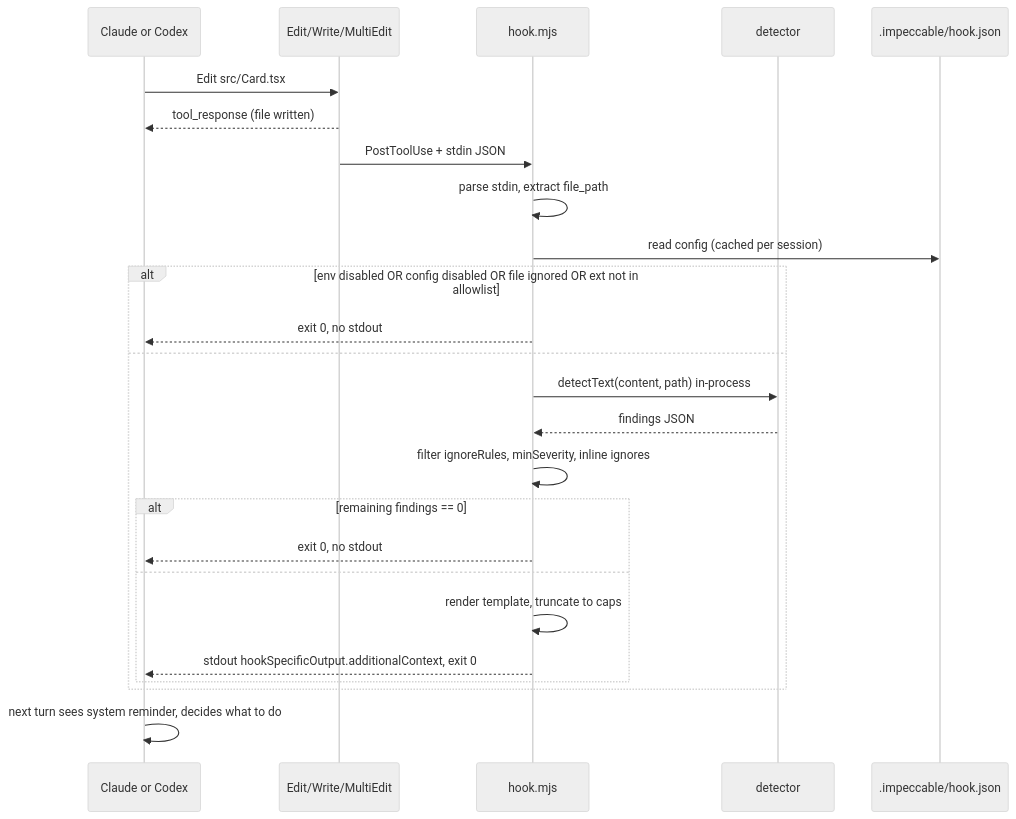
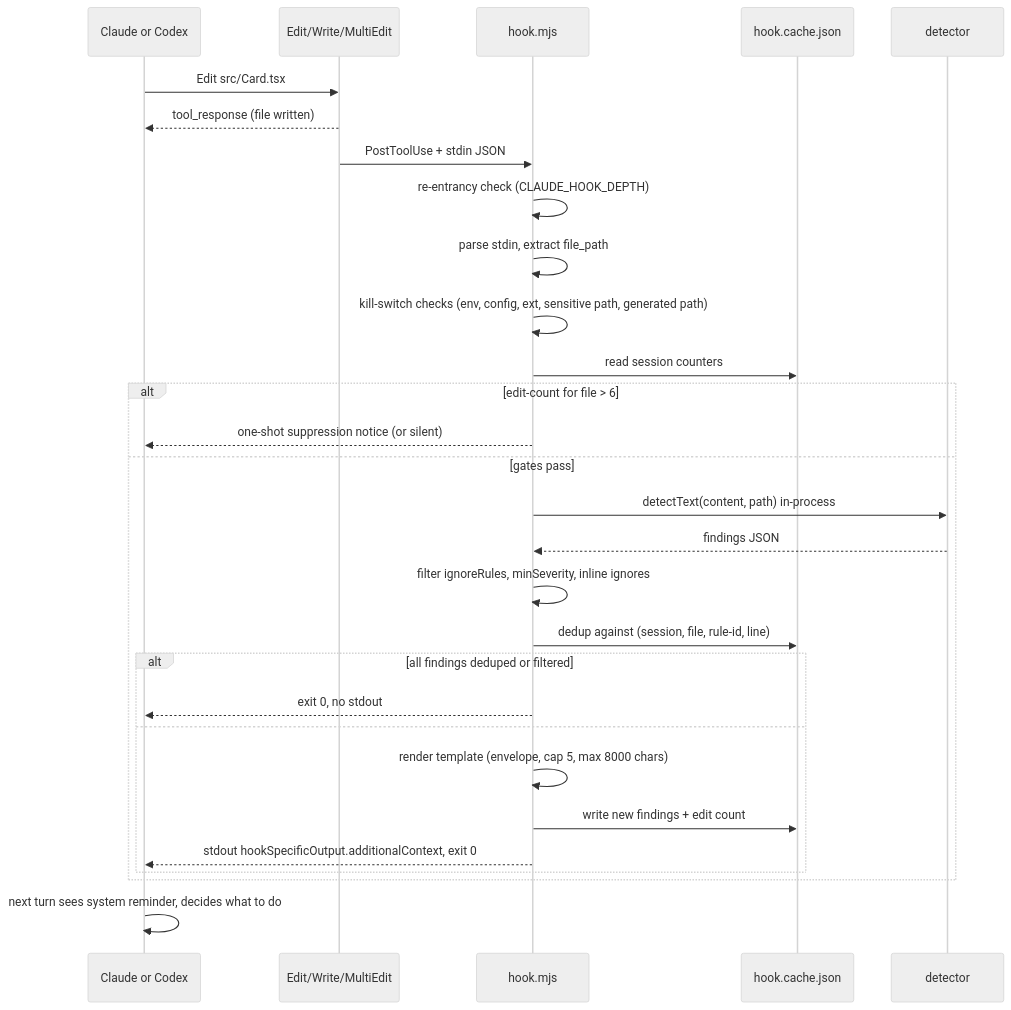
One commit to pbakaus/impeccable changed the diagram in docs/hooks-prd.md. Above: the diagram before and after it, drawn with Mermaid (neutral theme). The commit also changed other lines of this file, not shown here.

First line of the commit message:
docs: revise hook PRD with best-practices review

````diff
--- a/docs/hooks-prd.md
+++ b/docs/hooks-prd.md
@@ -139,28 +217,32 @@
 ```mermaid
 sequenceDiagram
   participant Agent as Claude or Codex
   participant Tool as Edit/Write/MultiEdit
   participant Hook as hook.mjs
+  participant Cache as hook.cache.json
   participant Det as detector
-  participant Cfg as .impeccable/hook.json
 
   Agent->>Tool: Edit src/Card.tsx
   Tool-->>Agent: tool_response (file written)
   Tool->>Hook: PostToolUse + stdin JSON
+  Hook->>Hook: re-entrancy check (CLAUDE_HOOK_DEPTH)
   Hook->>Hook: parse stdin, extract file_path
-  Hook->>Cfg: read config (cached per session)
-  alt env disabled OR config disabled OR file ignored OR ext not in allowlist
-    Hook-->>Agent: exit 0, no stdout
-  else
+  Hook->>Hook: kill-switch checks (env, config, ext, sensitive path, generated path)
+  Hook->>Cache: read session counters
+  alt edit-count for file > 6
+    Hook-->>Agent: one-shot suppression notice (or silent)
+  else gates pass
     Hook->>Det: detectText(content, path) in-process
     Det-->>Hook: findings JSON
     Hook->>Hook: filter ignoreRules, minSeverity, inline ignores
-    alt remaining findings == 0
+    Hook->>Cache: dedup against (session, file, rule-id, line)
+    alt all findings deduped or filtered
       Hook-->>Agent: exit 0, no stdout
     else
-      Hook->>Hook: render template, truncate to caps
+      Hook->>Hook: render template (envelope, cap 5, max 8000 chars)
+      Hook->>Cache: write new findings + edit count
       Hook-->>Agent: stdout hookSpecificOutput.additionalContext, exit 0
     end
   end
   Agent->>Agent: next turn sees system reminder, decides what to do
 ```
````
